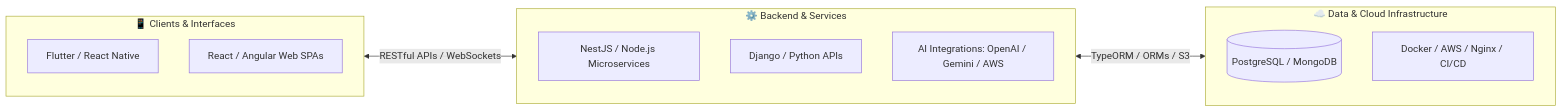
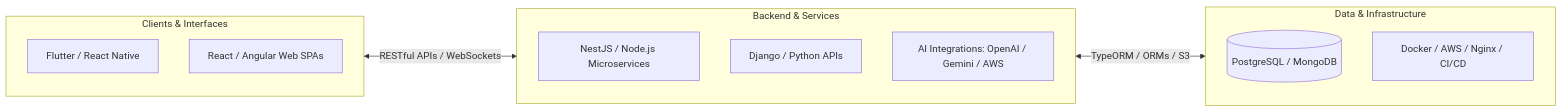
Before and after one commit to miromero13/miromero13: the diagram in README.md, drawn with Mermaid. The commit also changed other lines of this file, not shown here.

````diff
--- a/README.md
+++ b/README.md
@@ -67,21 +67,21 @@
 ```mermaid
 flowchart LR
-    subgraph Clients["📱 Clients & Interfaces"]
+    subgraph Clients["Clients & Interfaces"]
         A[Flutter / React Native]
         B[React / Angular Web SPAs]
     end
 
-    subgraph Core["⚙️ Backend & Services"]
+    subgraph Core["Backend & Services"]
         C[NestJS / Node.js Microservices]
         D[Django / Python APIs]
         G[AI Integrations: OpenAI / Gemini / AWS]
     end
 
-    subgraph Data["☁️ Data & Cloud Infrastructure"]
+    subgraph Data["Data & Infrastructure"]
         E[(PostgreSQL / MongoDB)]
         F[Docker / AWS / Nginx / CI/CD]
     end
 
     Clients <-->|RESTful APIs / WebSockets| Core
     Core <-->|TypeORM / ORMs / S3| Data
 ```
````
